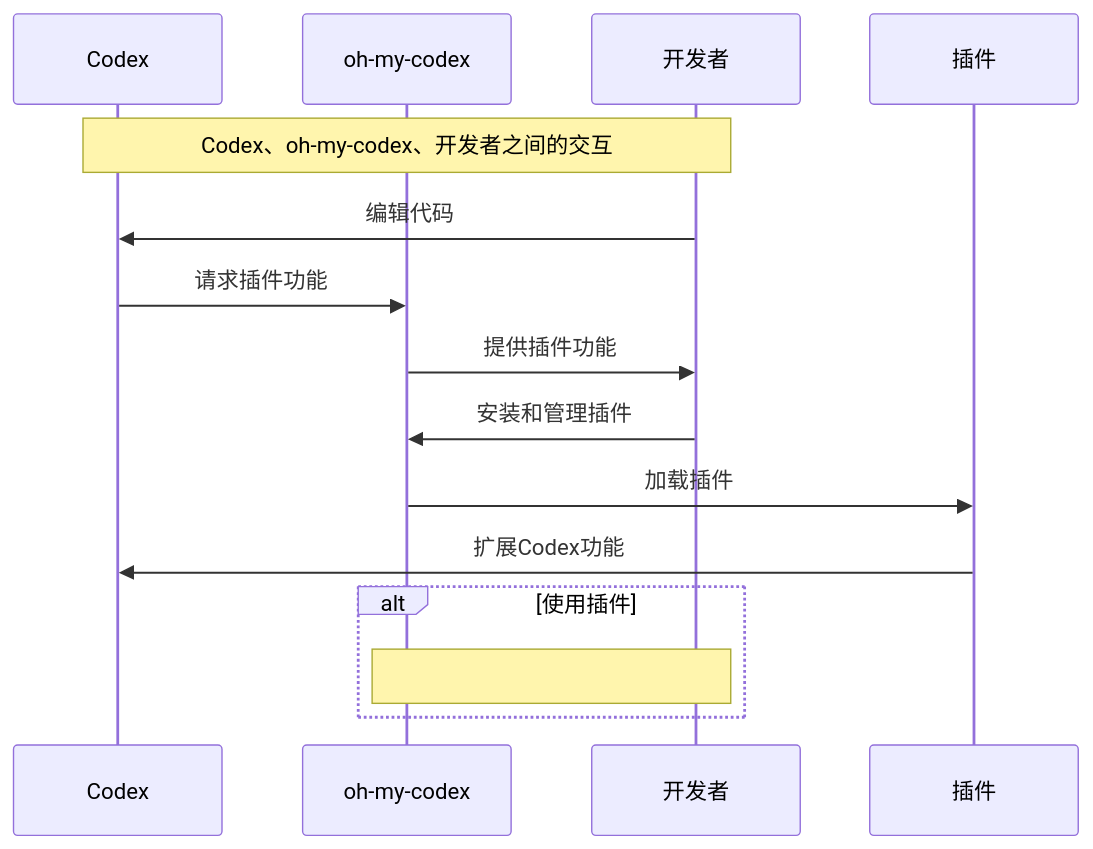
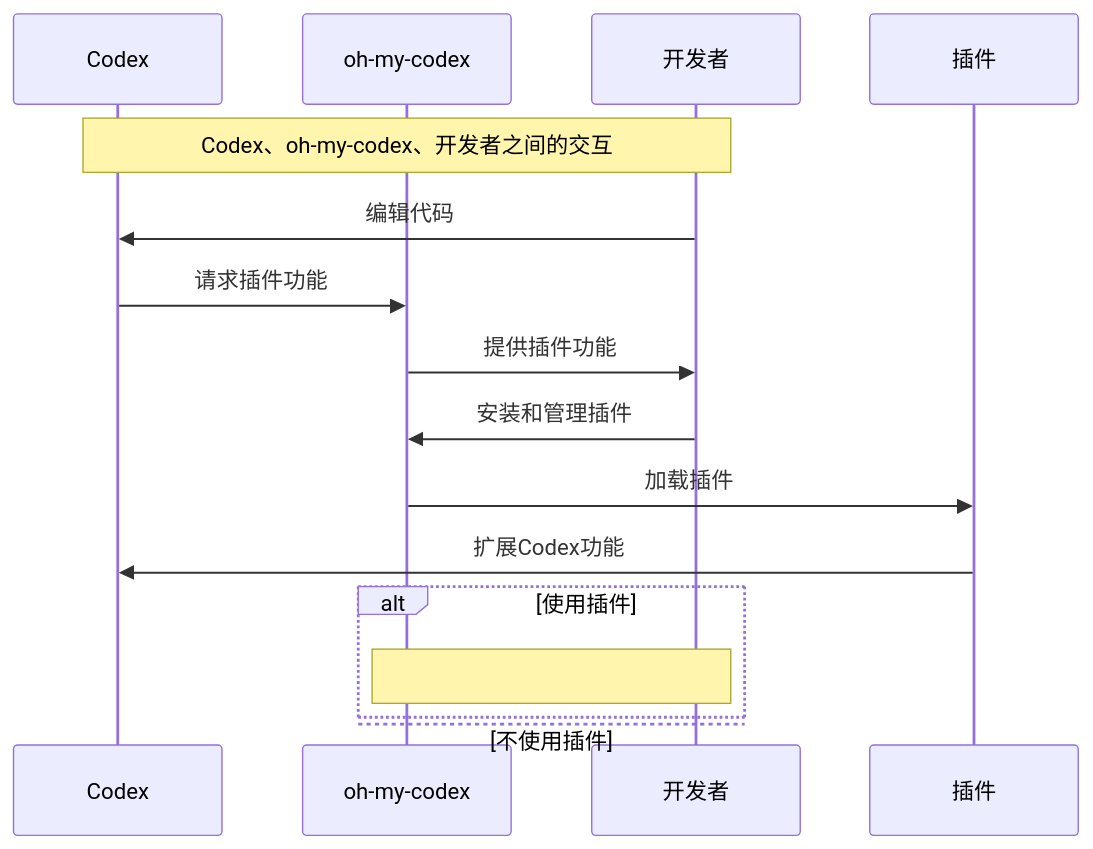
The diagram in src/content/posts/tech/2026-04-26-github110github.md (a920604a/engineernews), drawn with Mermaid before and after one commit. The commit also changed 2 other files, not shown here.

Commit message:
fix: auto-fix mermaid syntax errors in posts

````diff
--- a/src/content/posts/tech/2026-04-26-github110github.md
+++ b/src/content/posts/tech/2026-04-26-github110github.md
@@ -29,17 +29,18 @@
 ```mermaid
 sequenceDiagram
     participant C as Codex
     participant P as oh-my-codex
     participant D as 开发者
     participant A as 插件
     Note over C,D: Codex、oh-my-codex、开发者之间的交互
     D->>C: 编辑代码
     C->>P: 请求插件功能
     P->>D: 提供插件功能
     D->>P: 安装和管理插件
     P->>A: 加载插件
     A->>C: 扩展Codex功能
     alt 使用插件
         Note over D,P: 
+    else 不使用插件
     end
 ```
````
